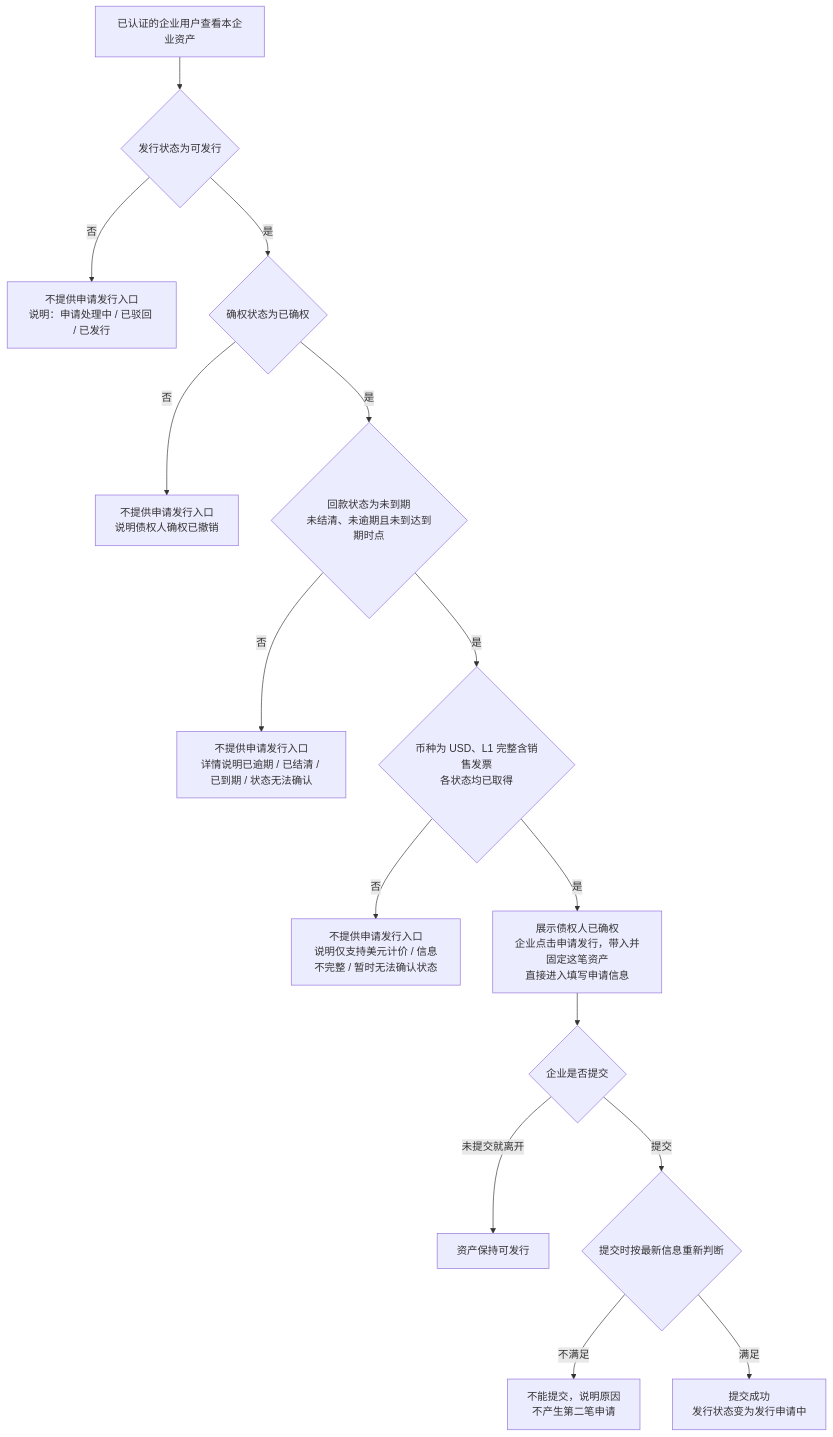
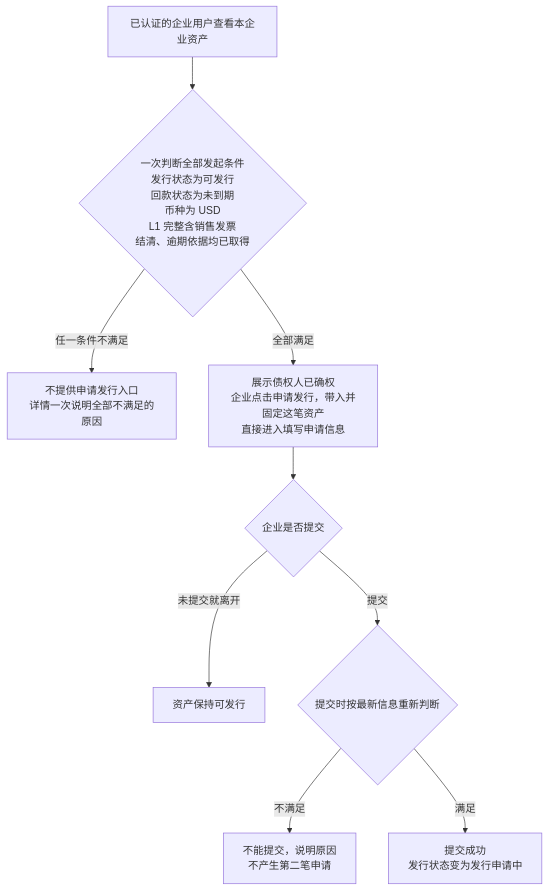
Before and after one commit to wxblockchain/Chain-Financing: the fifth of 6 diagrams in token-issuance-platform/PRD/两端共用/M2-可信资产/02-可信资产-流程图与状态机.md, drawn with Mermaid. The commit also changed other lines of this file and 35 other files, not shown here.

````diff
--- a/token-issuance-platform/PRD/两端共用/M2-可信资产/02-可信资产-流程图与状态机.md
+++ b/token-issuance-platform/PRD/两端共用/M2-可信资产/02-可信资产-流程图与状态机.md
@@ -91,17 +90,11 @@
 ```mermaid
 flowchart TD
-    A[已认证的企业用户查看本企业资产] --> B{发行状态为可发行}
-    B -->|否| X[不提供申请发行入口<br/>说明：申请处理中 / 已驳回 / 已发行]
-    B -->|是| C{确权状态为已确权}
-    C -->|否| Y[不提供申请发行入口<br/>说明债权人确权已撤销]
-    C -->|是| D{回款状态为未到期<br/>未结清、未逾期且未到达到期时点}
-    D -->|否| Z[不提供申请发行入口<br/>详情说明已逾期 / 已结清 / 已到期 / 状态无法确认]
-    D -->|是| E{币种为 USD、L1 完整含销售发票<br/>各状态均已取得}
-    E -->|否| W[不提供申请发行入口<br/>说明仅支持美元计价 / 信息不完整 / 暂时无法确认状态]
-    E -->|是| F[展示债权人已确权<br/>企业点击申请发行，带入并固定这笔资产<br/>直接进入填写申请信息]
+    A[已认证的企业用户查看本企业资产] --> B{一次判断全部发起条件<br/>发行状态为可发行<br/>回款状态为未到期<br/>币种为 USD<br/>L1 完整含销售发票<br/>结清、逾期依据均已取得}
+    B -->|任一条件不满足| X[不提供申请发行入口<br/>详情一次说明全部不满足的原因]
+    B -->|全部满足| F[展示债权人已确权<br/>企业点击申请发行，带入并固定这笔资产<br/>直接进入填写申请信息]
     F --> G{企业是否提交}
     G -->|未提交就离开| H[资产保持可发行]
     G -->|提交| I{提交时按最新信息重新判断}
     I -->|不满足| J[不能提交，说明原因<br/>不产生第二笔申请]
     I -->|满足| K[提交成功<br/>发行状态变为发行申请中]
 ```
````
